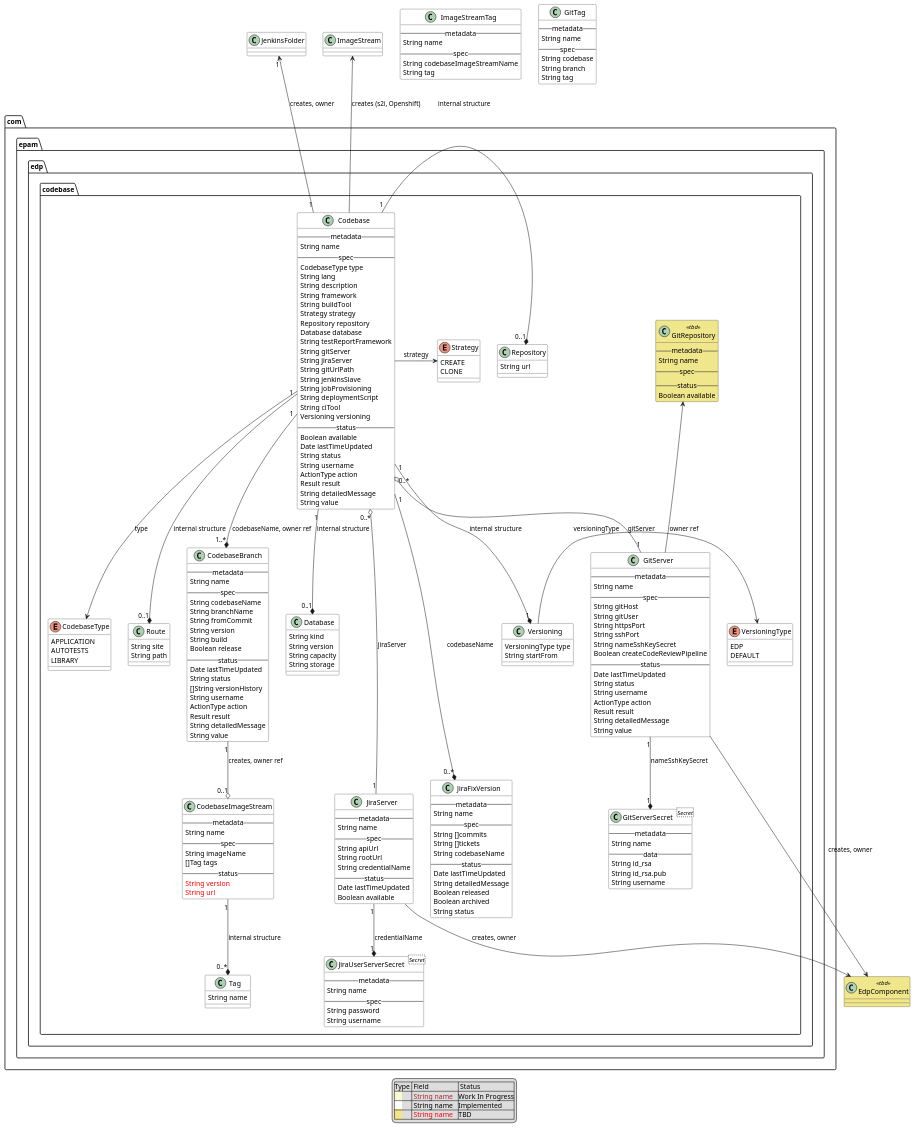
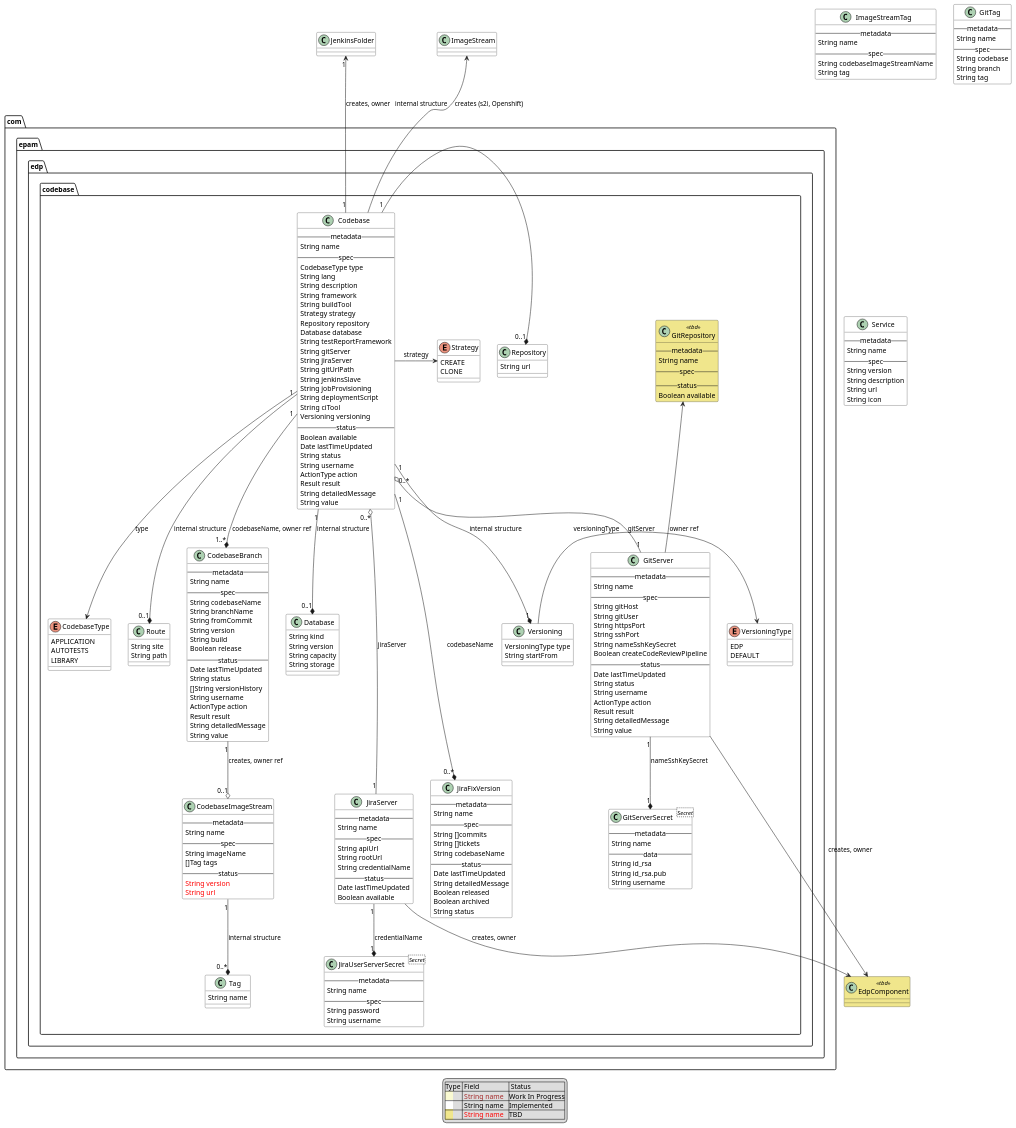
Before and after one commit to epam/edp-codebase-operator: the diagram in documentation/puml/arch.puml, drawn with PlantUML. The commit also changed 2 other files, not shown here.

Commit message:
[EPMDEDP-5615]: Add Service API to arch diagram

```diff
--- a/documentation/puml/arch.puml
+++ b/documentation/puml/arch.puml
@@ -218,6 +218,17 @@
     String branch
     String tag
 }
+
+class Service {
+    -- metadata --
+    String name
+    -- spec --
+    String version
+    String description
+    String url
+    String icon
+}
+
 class EdpComponent <<tbd>> {
 }
 
```
